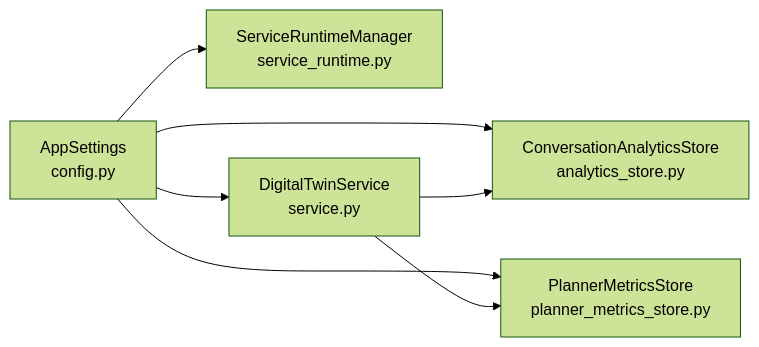
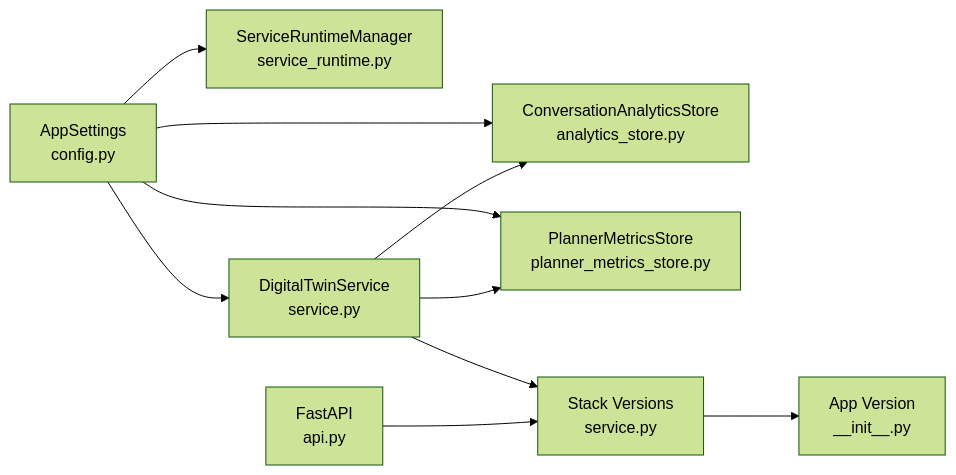
Before and after one commit to intellistream/sage-mate: the eighth of 8 diagrams in .qoder/repowiki/en/content/Deployment and Operations/Monitoring and Logging.md, drawn with Mermaid (forest theme). The commit also changed other lines of this file and 45 other files, not shown here.

````diff
--- a/.qoder/repowiki/en/content/Deployment and Operations/Monitoring and Logging.md
+++ b/.qoder/repowiki/en/content/Deployment and Operations/Monitoring and Logging.md
@@ -284,9 +361,12 @@
 ```mermaid
 graph LR
 CFG["AppSettings<br/>config.py"] --> AS["ConversationAnalyticsStore<br/>analytics_store.py"]
 CFG --> PM["PlannerMetricsStore<br/>planner_metrics_store.py"]
 CFG --> SRM["ServiceRuntimeManager<br/>service_runtime.py"]
 CFG --> SVC["DigitalTwinService<br/>service.py"]
 SVC --> AS
 SVC --> PM
+SVC --> SV["Stack Versions<br/>service.py"]
+SV --> AV["App Version<br/>__init__.py"]
+API["FastAPI<br/>api.py"] --> SV
 ```
````
